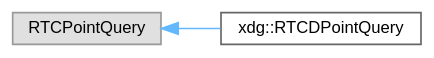
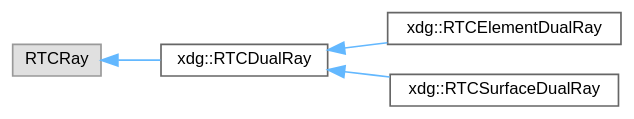
The diagram in inherit_graph_5.dot (xdg-org/xdg), drawn with Graphviz before and after one commit. The commit also changed 30 other files, not shown here.

```diff
--- a/inherit_graph_5.dot
+++ b/inherit_graph_5.dot
@@ -1,11 +1,15 @@
 digraph "Graphical Class Hierarchy"
 {
  // LATEX_PDF_SIZE
   bgcolor="transparent";
   edge [fontname=Helvetica,fontsize=10,labelfontname=Helvetica,labelfontsize=10];
   node [fontname=Helvetica,fontsize=10,shape=box,height=0.2,width=0.4];
   rankdir="LR";
-  Node0 [id="Node000000",label="RTCPointQuery",height=0.2,width=0.4,color="grey60", fillcolor="#E0E0E0", style="filled",tooltip=" "];
-  Node0 -> Node1 [id="edge3_Node000000_Node000001",dir="back",color="steelblue1",style="solid",tooltip=" "];
-  Node1 [id="Node000001",label="xdg::RTCDPointQuery",height=0.2,width=0.4,color="grey40", fillcolor="white", style="filled",URL="$structxdg_1_1RTCDPointQuery.html",tooltip=" "];
+  Node0 [id="Node000000",label="RTCRay",height=0.2,width=0.4,color="grey60", fillcolor="#E0E0E0", style="filled",tooltip=" "];
+  Node0 -> Node1 [id="edge4_Node000000_Node000001",dir="back",color="steelblue1",style="solid",tooltip=" "];
+  Node1 [id="Node000001",label="xdg::RTCDualRay",height=0.2,width=0.4,color="grey40", fillcolor="white", style="filled",URL="$structxdg_1_1RTCDualRay.html",tooltip=" "];
+  Node1 -> Node2 [id="edge5_Node000001_Node000002",dir="back",color="steelblue1",style="solid",tooltip=" "];
+  Node2 [id="Node000002",label="xdg::RTCElementDualRay",height=0.2,width=0.4,color="grey40", fillcolor="white", style="filled",URL="$structxdg_1_1RTCElementDualRay.html",tooltip=" "];
+  Node1 -> Node3 [id="edge6_Node000001_Node000003",dir="back",color="steelblue1",style="solid",tooltip=" "];
+  Node3 [id="Node000003",label="xdg::RTCSurfaceDualRay",height=0.2,width=0.4,color="grey40", fillcolor="white", style="filled",URL="$structxdg_1_1RTCSurfaceDualRay.html",tooltip=" "];
 }
```
